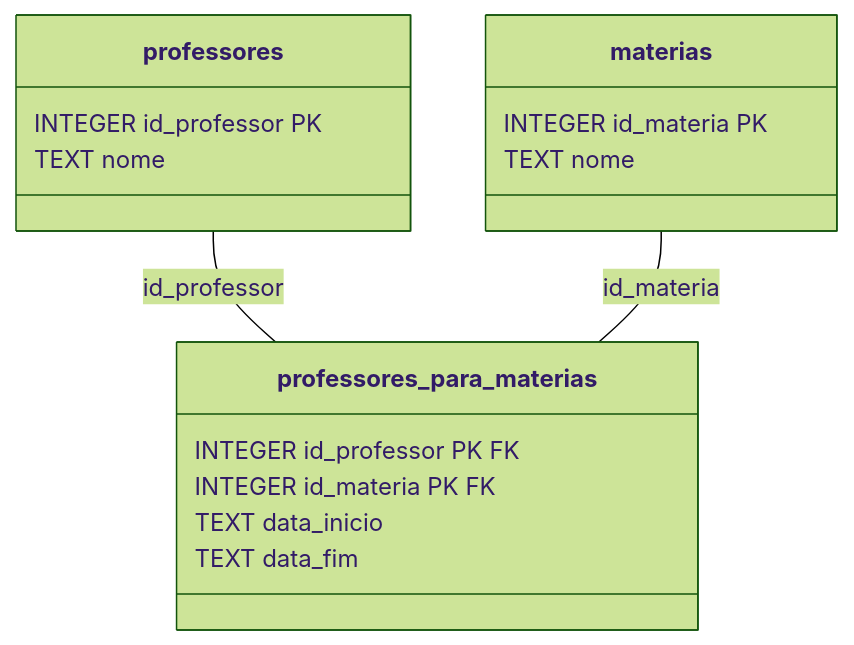
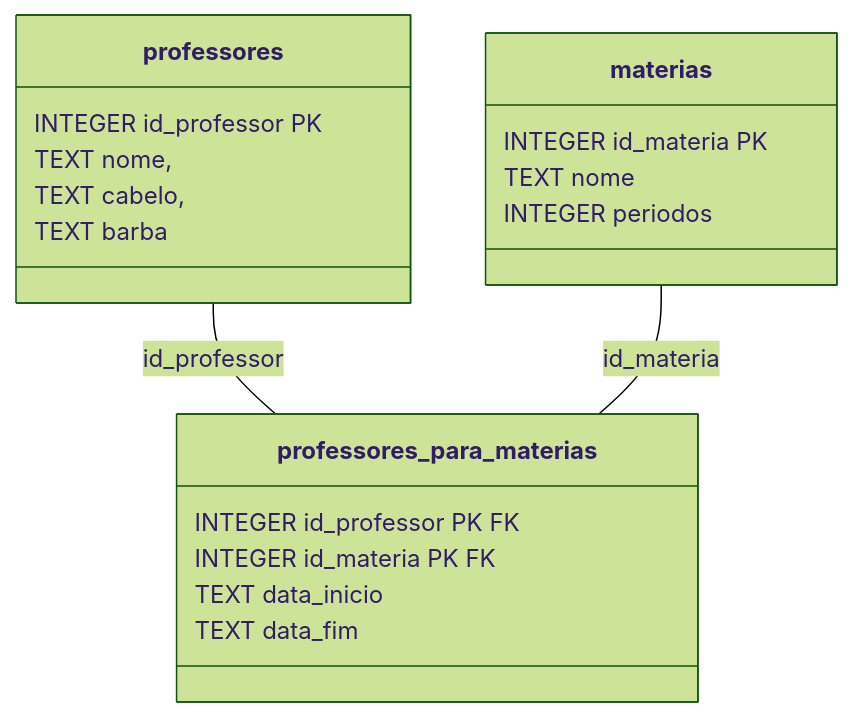
Before and after one commit to CTISM-Prof-Henry/pythonSqlite: the diagram in atividades/gabarito.md, drawn with Mermaid (forest theme). The commit also changed other lines of this file and 4 other files, not shown here.

````diff
--- a/atividades/gabarito.md
+++ b/atividades/gabarito.md
@@ -197,22 +46,25 @@
-    ```mermaid
-    classDiagram
-        class professores {
-            INTEGER id_professor PK
-            TEXT nome
-        }
-        
-        class materias {
-            INTEGER id_materia PK
-            TEXT nome
-        }
-        
-        class professores_para_materias {
-            INTEGER id_professor PK FK
-            INTEGER id_materia PK FK
-            TEXT data_inicio
-            TEXT data_fim 
-        }
-        
-        professores -- professores_para_materias : id_professor
-        materias -- professores_para_materias : id_materia
-    ```
+   ```mermaid
+   classDiagram
+       class professores {
+           INTEGER id_professor PK
+           TEXT nome,
+           TEXT cabelo,
+           TEXT barba
+       }
+       
+       class materias {
+           INTEGER id_materia PK
+           TEXT nome
+           INTEGER periodos
+       }
+       
+       class professores_para_materias {
+           INTEGER id_professor PK FK
+           INTEGER id_materia PK FK
+           TEXT data_inicio
+           TEXT data_fim 
+       }
+       
+       professores -- professores_para_materias : id_professor
+       materias -- professores_para_materias : id_materia
+   ```
````
